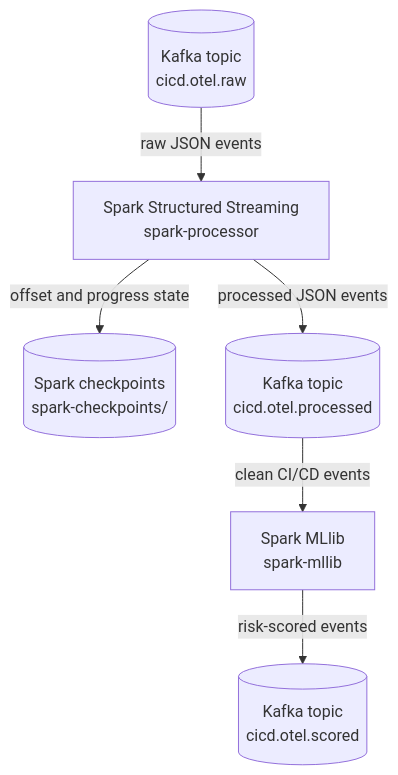
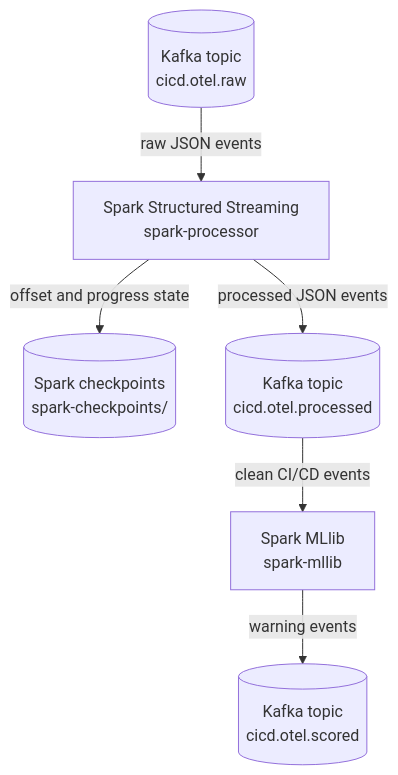
One commit to Darakuu/CI-CD-Observability-Stream changed the diagram in docs/02-Processing_Spark_Structured_Streaming.md. Above: the diagram before and after it, drawn with Mermaid. The commit also changed other lines of this file and 11 other files, not shown here.

````diff
--- a/docs/02-Processing_Spark_Structured_Streaming.md
+++ b/docs/02-Processing_Spark_Structured_Streaming.md
@@ -7,15 +7,15 @@
 ```mermaid
 flowchart TD
     RawKafka[("Kafka topic\ncicd.otel.raw")]
     Spark["Spark Structured Streaming\nspark-processor"]
     Checkpoints[("Spark checkpoints\nspark-checkpoints/")]
     ProcessedKafka[("Kafka topic\ncicd.otel.processed")]
     MLlib["Spark MLlib\nspark-mllib"]
     ScoredKafka[("Kafka topic\ncicd.otel.scored")]
 
     RawKafka -->|"raw JSON events"| Spark
     Spark -->|"offset and progress state"| Checkpoints
     Spark -->|"processed JSON events"| ProcessedKafka
     ProcessedKafka -->|"clean CI/CD events"| MLlib
-    MLlib -->|"risk-scored events"| ScoredKafka
+    MLlib -->|"warning events"| ScoredKafka
 ```
````
